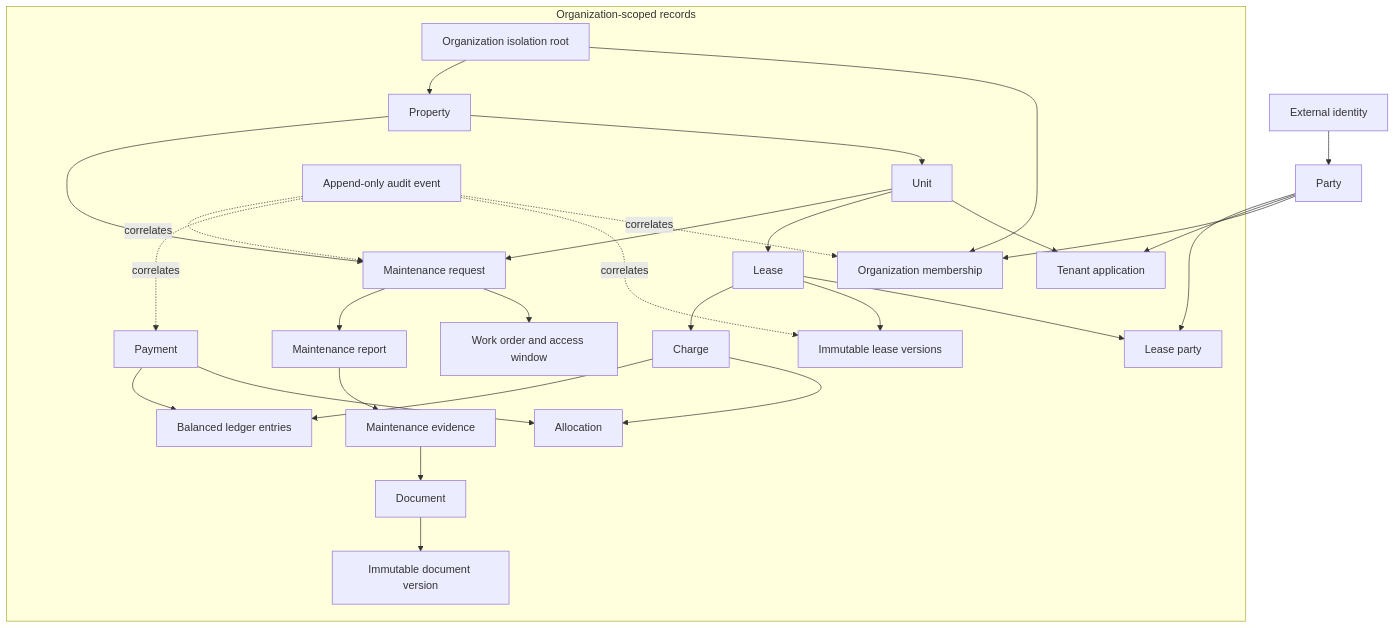
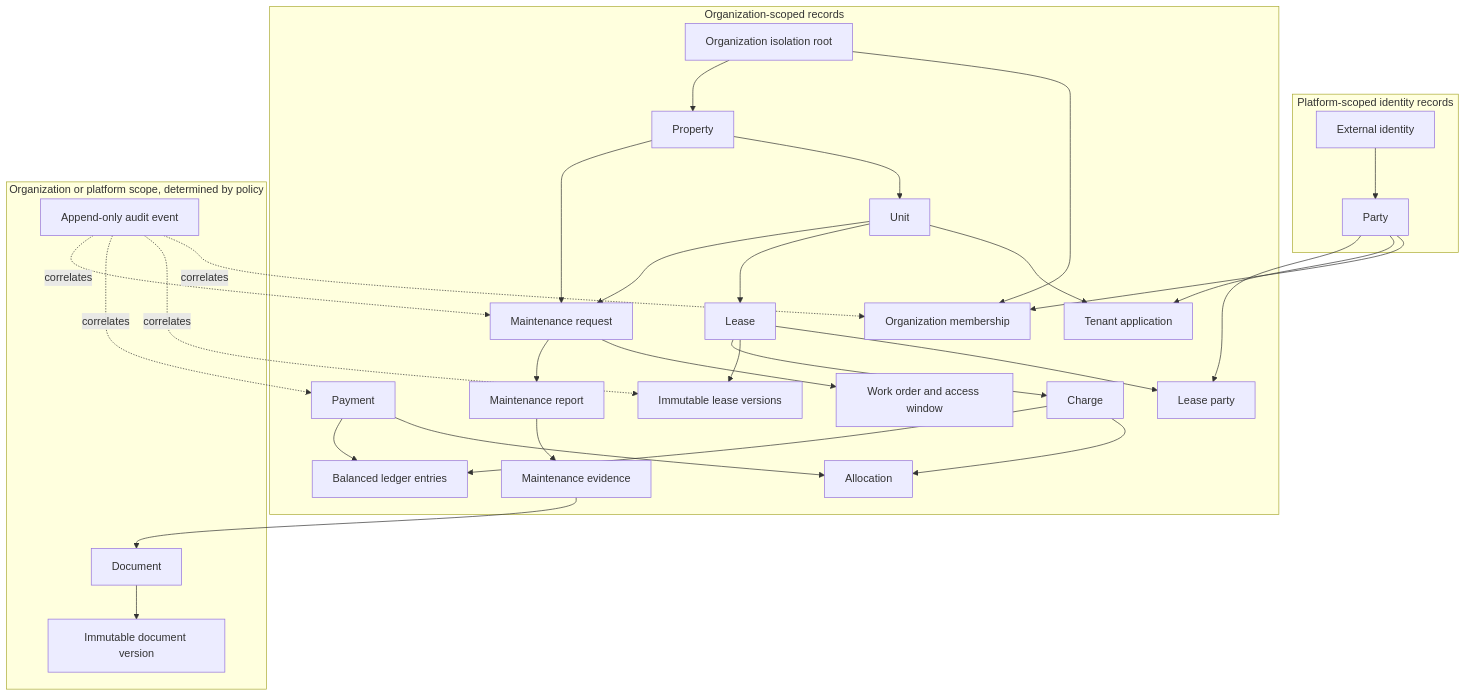
Before and after one commit to keyforta/keyforta-property: the first of 2 diagrams in docs/architecture/DATA_MODEL.md, drawn with Mermaid. The commit also changed other lines of this file and 25 other files, not shown here.

Commit message:
Expand repository diagram coverage

````diff
--- a/docs/architecture/DATA_MODEL.md
+++ b/docs/architecture/DATA_MODEL.md
@@ -26,52 +26,60 @@
 ```mermaid
 flowchart TB
   Identity[External identity] --> Party[Party]
   Party --> Membership[Organization membership]
   Organization[Organization isolation root] --> Membership
   Organization --> Property
   Property --> Unit
   Unit --> Application[Tenant application]
   Unit --> Lease
   Party --> Application
   Party --> LeaseParty[Lease party]
   Lease --> LeaseParty
   Lease --> LeaseVersion[Immutable lease versions]
   Lease --> Charge
   Payment --> Allocation
   Charge --> Allocation
   Payment --> Ledger[Balanced ledger entries]
   Charge --> Ledger
   Property --> Maintenance[Maintenance request]
   Unit --> Maintenance
   Maintenance --> WorkOrder[Work order and access window]
   Maintenance --> MaintenanceReport[Maintenance report]
   MaintenanceReport --> Evidence[Maintenance evidence]
   Evidence --> Document
-  Document --> DocumentVersion[Immutable document version]
+  Document[Document] --> DocumentVersion[Immutable document version]
   Audit[Append-only audit event] -. correlates .-> Membership
   Audit -. correlates .-> LeaseVersion
   Audit -. correlates .-> Payment
   Audit -. correlates .-> Maintenance
+
+  subgraph PlatformScope[Platform-scoped identity records]
+    Identity
+    Party
+  end
 
   subgraph OrganizationScope[Organization-scoped records]
     Organization
     Membership
     Property
     Unit
     Application
     Lease
     LeaseParty
     LeaseVersion
     Charge
     Payment
     Allocation
     Ledger
     Maintenance
     WorkOrder
     MaintenanceReport
+    Evidence
+  end
+
+  subgraph ConditionalScope[Organization or platform scope, determined by policy]
     Document
     DocumentVersion
-    Evidence
     Audit
   end
 ```
````
